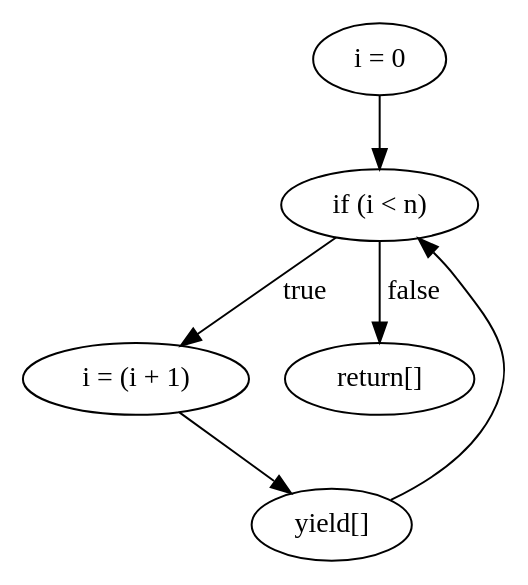
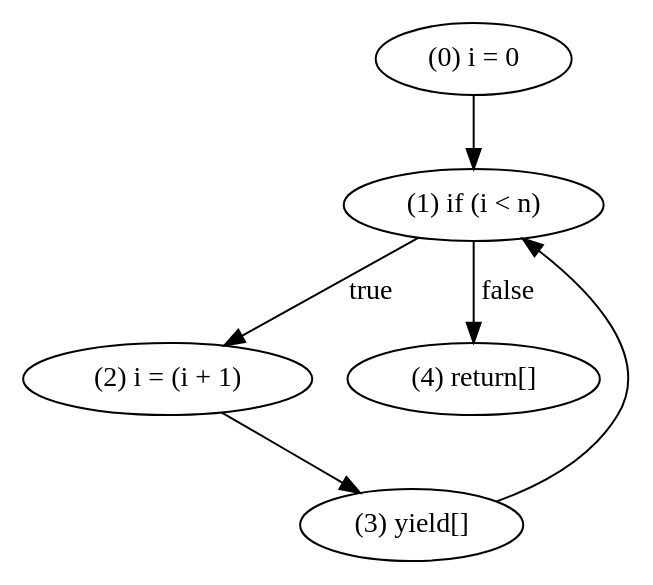
The diagram in crates/ir/graph.dot (WorldofKerry/ToHDL), drawn with Graphviz before and after one commit. The commit also changed 8 other files, not shown here.

```diff
--- a/crates/ir/graph.dot
+++ b/crates/ir/graph.dot
@@ -1,12 +1,12 @@
 digraph {
-    0 [ label = "i = 0" ]
-    1 [ label = "if (i < n)" ]
-    2 [ label = "i = (i + 1)" ]
-    3 [ label = "yield[]" ]
-    4 [ label = "return[]" ]
+    0 [ label = "(0) i = 0" ]
+    1 [ label = "(1) if (i < n)" ]
+    2 [ label = "(2) i = (i + 1)" ]
+    3 [ label = "(3) yield[]" ]
+    4 [ label = "(4) return[]" ]
     0 -> 1 [ label = "" ]
+    1 -> 4 [ label = "false" ]
     1 -> 2 [ label = "true" ]
     2 -> 3 [ label = "" ]
     3 -> 1 [ label = "" ]
-    1 -> 4 [ label = "false" ]
 }
```
